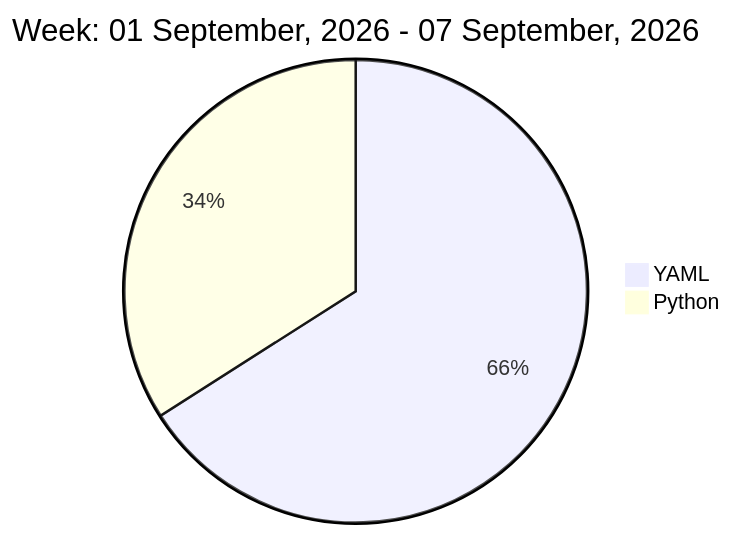
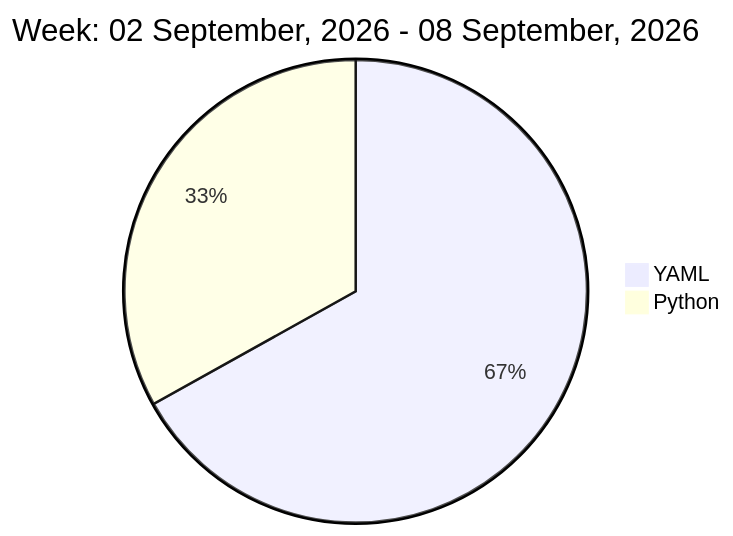
One commit to liubin95/liubin95 changed the diagram in README.md. Above: the diagram before and after it, drawn with Mermaid.

Commit message:
Updated the Graph with new Metrics

````diff
--- a/README.md
+++ b/README.md
@@ -32,6 +32,6 @@
 ```mermaid
  pie
-title Week: 01 September, 2026 - 07 September, 2026
- "YAML" : 3.43
- "Python" : 1.77
+title Week: 02 September, 2026 - 08 September, 2026
+ "YAML" : 3.8
+ "Python" : 1.88
 ```
````
